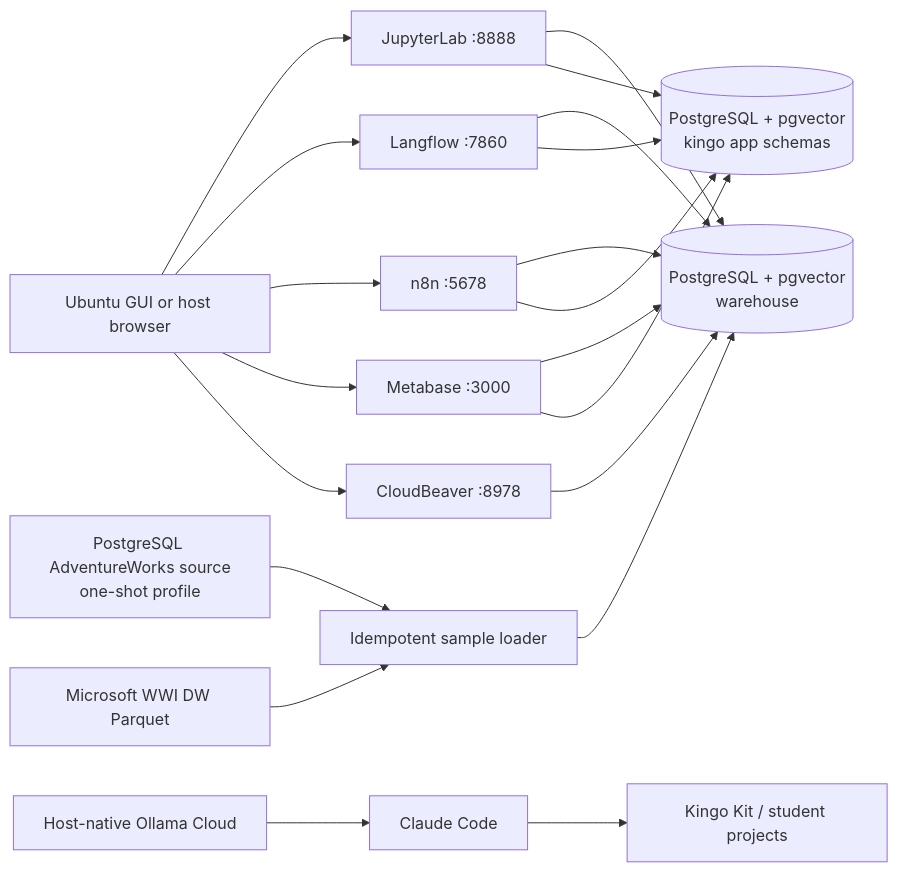
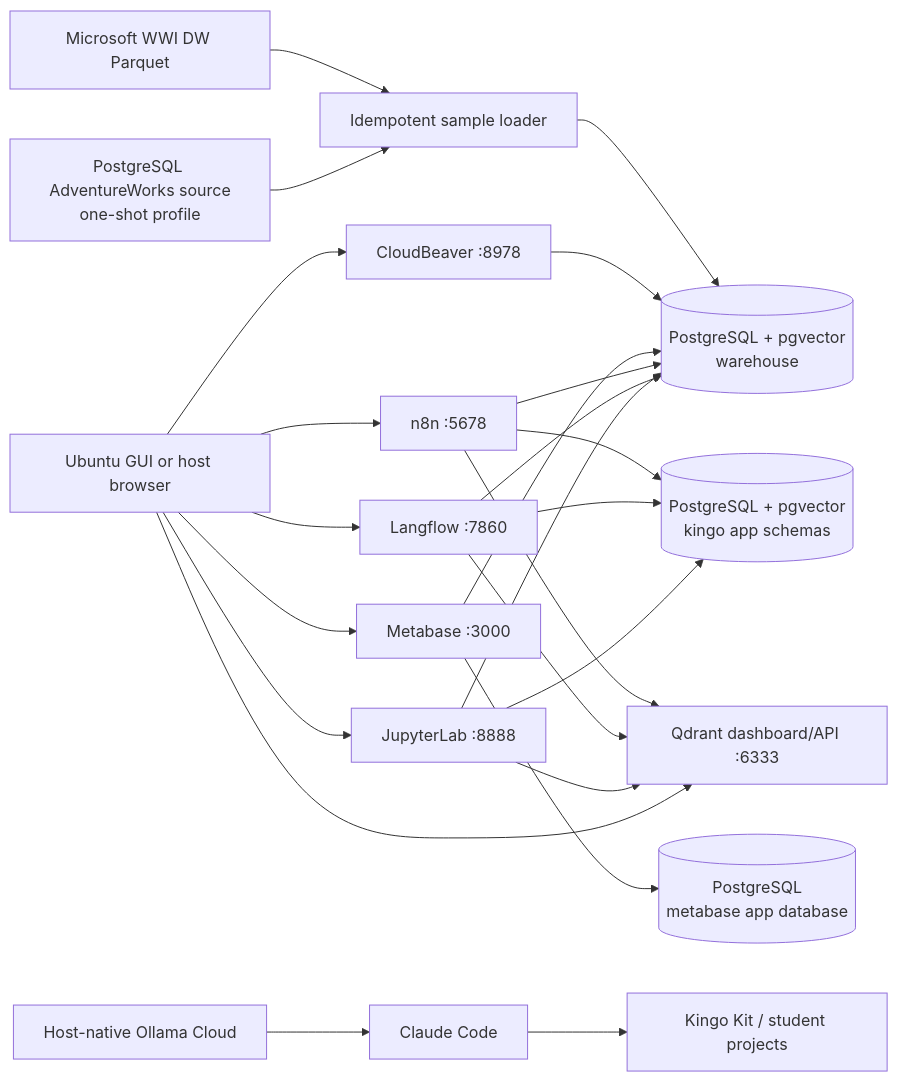
One commit to PimOps/kingo-kit changed the diagram in docs/architecture.md. Above: the diagram before and after it, drawn with Mermaid. The commit also changed other lines of this file and 17 other files, not shown here.

````diff
--- a/docs/architecture.md
+++ b/docs/architecture.md
@@ -3,26 +3,30 @@
 ```mermaid
 flowchart LR
     Browser["Ubuntu GUI or host browser"] --> Jupyter["JupyterLab :8888"]
     Browser --> Langflow["Langflow :7860"]
     Browser --> N8N["n8n :5678"]
     Browser --> Metabase["Metabase :3000"]
     Browser --> CloudBeaver["CloudBeaver :8978"]
+    Browser --> Qdrant["Qdrant dashboard/API :6333"]
 
     Jupyter --> Warehouse[("PostgreSQL + pgvector\nwarehouse")]
     Langflow --> Warehouse
     N8N --> Warehouse
     Metabase --> Warehouse
     CloudBeaver --> Warehouse
+    Jupyter --> Qdrant
+    Langflow --> Qdrant
+    N8N --> Qdrant
 
     Jupyter --> Platform[("PostgreSQL + pgvector\nkingo app schemas")]
     Langflow --> Platform
     N8N --> Platform
-    Metabase --> Platform
+    Metabase --> MetabaseDB[("PostgreSQL\nmetabase app database")]
 
     AW["PostgreSQL AdventureWorks source\none-shot profile"] --> Loader["Idempotent sample loader"]
     Azure["Microsoft WWI DW Parquet"] --> Loader
     Loader --> Warehouse
 
     Ollama["Host-native Ollama Cloud"] --> Claude["Claude Code"]
     Claude --> Repo["Kingo Kit / student projects"]
 ```
````
